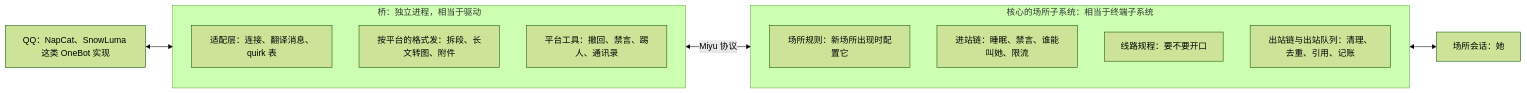
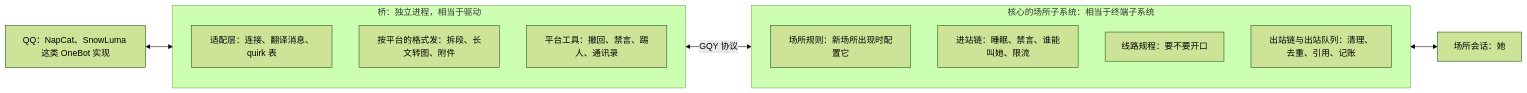
One commit to yxxbc/GQYv2 changed the first of 2 diagrams in docs/designs/18-通讯平台.md. Above: the diagram before and after it, drawn with Mermaid (forest theme). The commit also changed other lines of this file and 531 other files, not shown here.

Commit message:
docs: replace all miyu references with gqy

````diff
--- a/docs/designs/18-通讯平台.md
+++ b/docs/designs/18-通讯平台.md
@@ -9,19 +9,19 @@
 ```mermaid
 flowchart LR
     qq["QQ：NapCat、SnowLuma 这类 OneBot 实现"] <--> drv
     subgraph bridge["桥：独立进程，相当于驱动"]
         direction TB
         drv["适配层：连接、翻译消息、quirk 表"]
         fmt["按平台的格式发：拆段、长文转图、附件"]
         ioctl["平台工具：撤回、禁言、踢人、通讯录"]
     end
-    bridge <-- "Miyu 协议" --> core
+    bridge <-- "GQY 协议" --> core
     subgraph core["核心的场所子系统：相当于终端子系统"]
         direction TB
         rules["场所规则：新场所出现时配置它"]
         input["进站链：睡眠、禁言、谁能叫她、限流"]
         ld["线路规程：要不要开口"]
         output["出站链与出站队列：清理、去重、引用、记账"]
     end
     core <--> sess["场所会话：她"]
 ```
````
